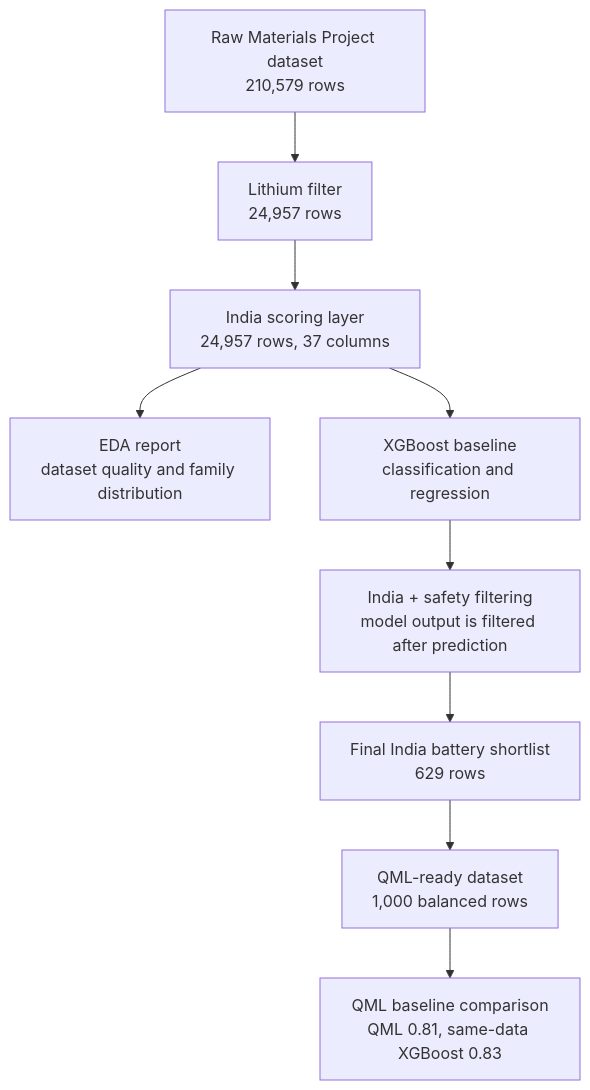
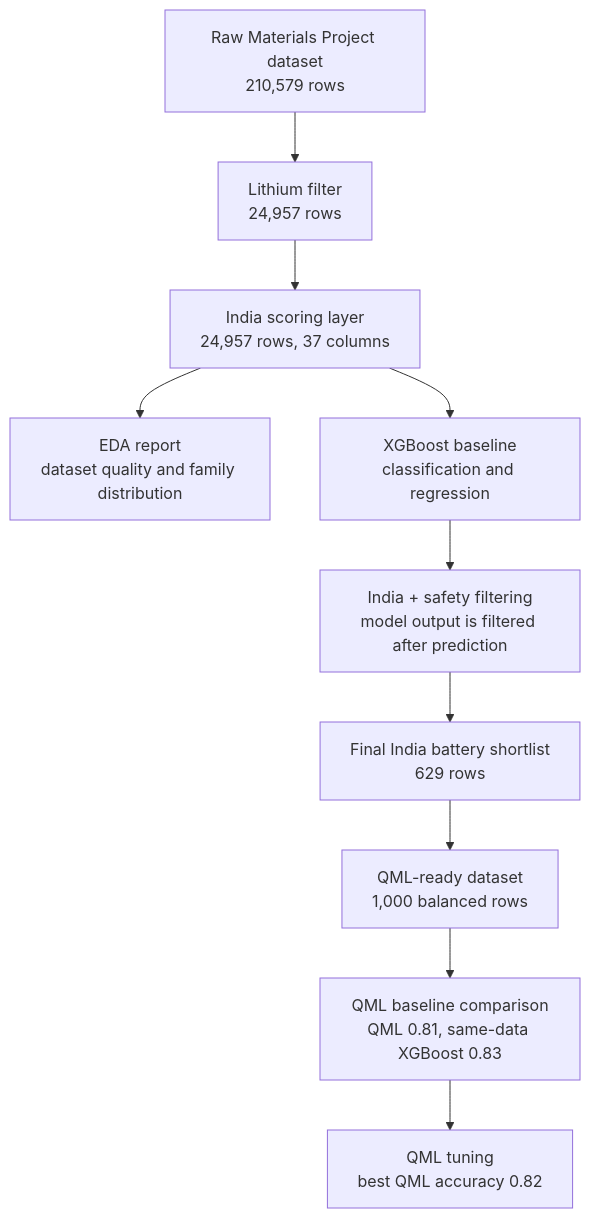
The diagram in Summer Vacation/data/metadata/project_pipeline_summary.md (lifeknife10A/hybrid-quantum-battery-stability-prediction), drawn with Mermaid before and after one commit. The commit also changed other lines of this file and 11 other files, not shown here.

````diff
--- a/Summer Vacation/data/metadata/project_pipeline_summary.md
+++ b/Summer Vacation/data/metadata/project_pipeline_summary.md
@@ -36,11 +36,12 @@
 ```mermaid
 flowchart TD
     A["Raw Materials Project dataset<br/>210,579 rows"] --> B["Lithium filter<br/>24,957 rows"]
     B --> C["India scoring layer<br/>24,957 rows, 37 columns"]
     C --> D["EDA report<br/>dataset quality and family distribution"]
     C --> E["XGBoost baseline<br/>classification and regression"]
     E --> F["India + safety filtering<br/>model output is filtered after prediction"]
     F --> G["Final India battery shortlist<br/>629 rows"]
     G --> H["QML-ready dataset<br/>1,000 balanced rows"]
     H --> I["QML baseline comparison<br/>QML 0.81, same-data XGBoost 0.83"]
+    I --> J["QML tuning<br/>best QML accuracy 0.82"]
 ```
````
